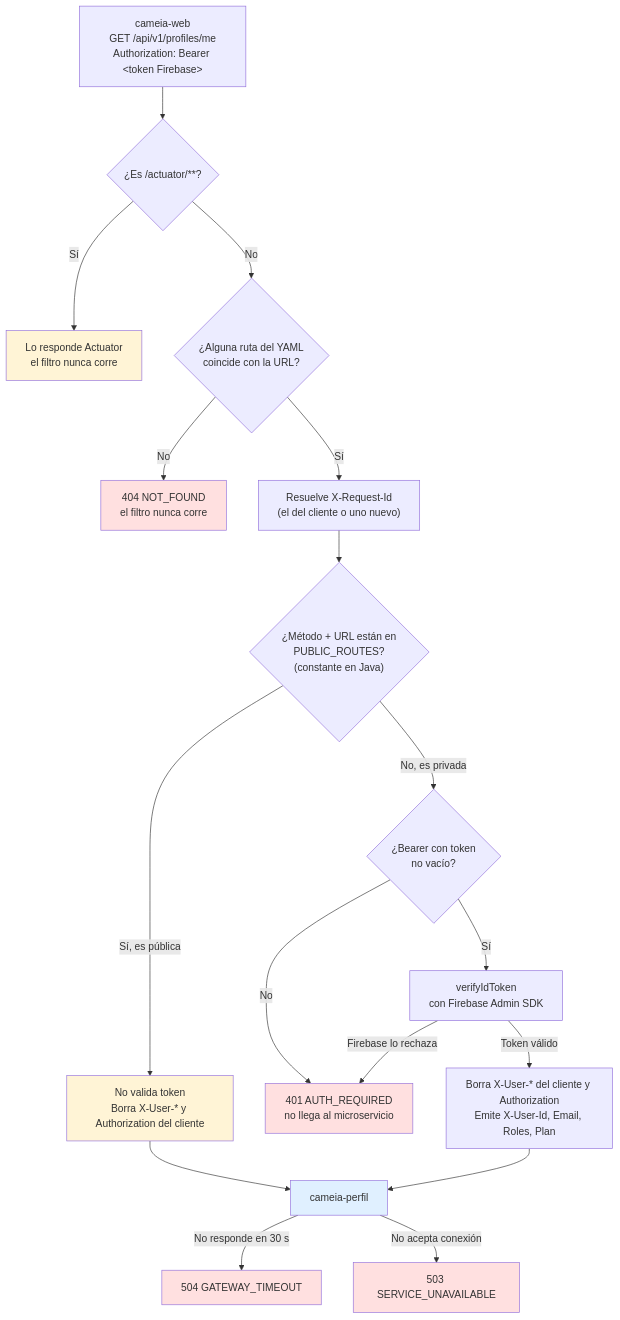
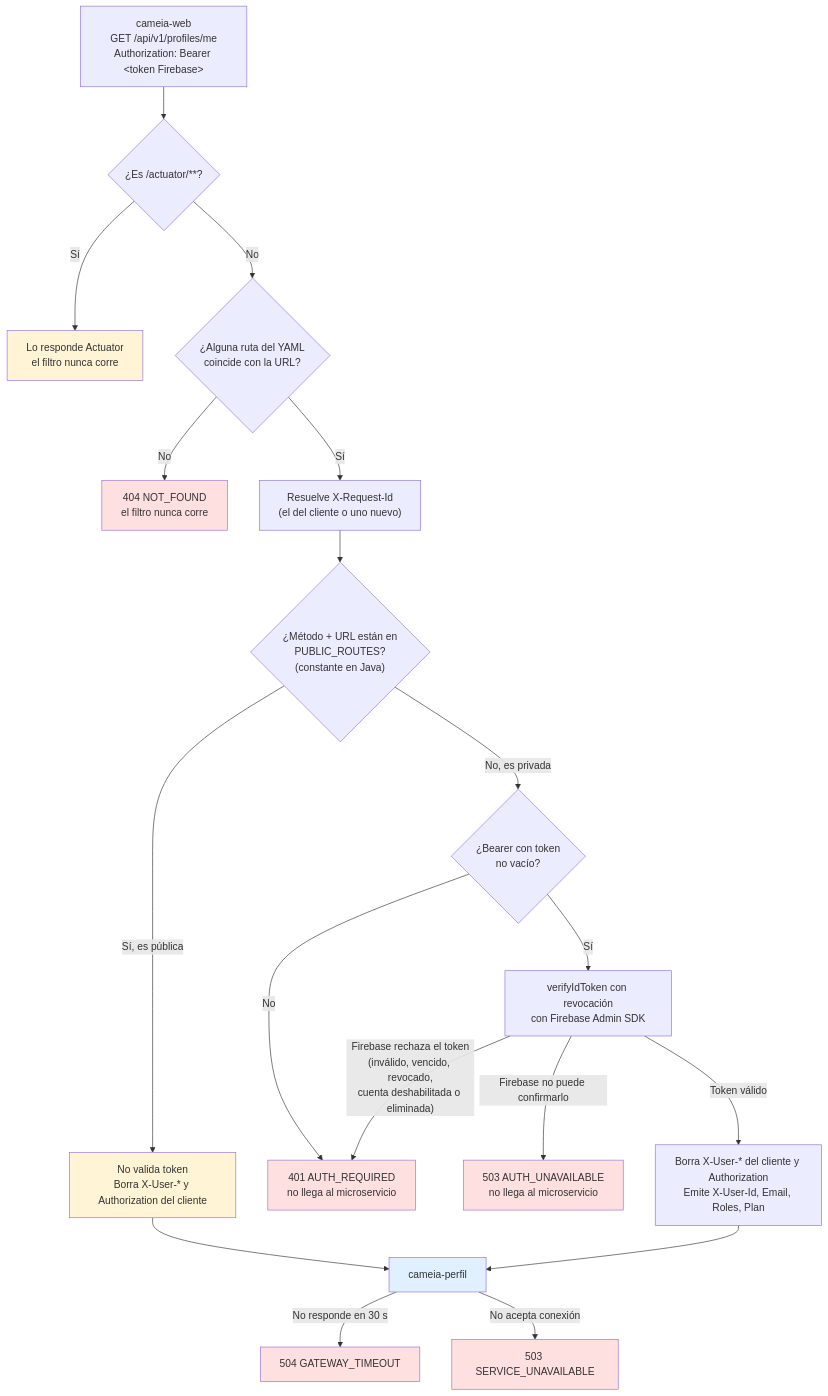
One commit to Forkthec/cameia-gateway changed the first of 5 diagrams in docs/COMO-FUNCIONA.md. Above: the diagram before and after it, drawn with Mermaid. The commit also changed other lines of this file and 23 other files, not shown here.

First line of the commit message:
CM-291 | feat(gateway): rechazar tokens revocados con 401 y responder 503 si Firebase no confirma [IA-ASISTIDO] (#64)

````diff
--- a/docs/COMO-FUNCIONA.md
+++ b/docs/COMO-FUNCIONA.md
@@ -70,30 +70,32 @@
 ```mermaid
 flowchart TD
     A["cameia-web<br/>GET /api/v1/profiles/me<br/>Authorization: Bearer &lt;token Firebase&gt;"] --> ACT{"¿Es /actuator/**?"}
     ACT -->|Sí| ACTR["Lo responde Actuator<br/>el filtro nunca corre"]
     ACT -->|No| B{"¿Alguna ruta del YAML<br/>coincide con la URL?"}
     B -->|No| C["404 NOT_FOUND<br/>el filtro nunca corre"]
     B -->|Sí| RID["Resuelve X-Request-Id<br/>(el del cliente o uno nuevo)"]
     RID --> D{"¿Método + URL están en<br/>PUBLIC_ROUTES?<br/>(constante en Java)"}
 
     D -->|Sí, es pública| E["No valida token<br/>Borra X-User-* y Authorization del cliente"]
     D -->|No, es privada| F{"¿Bearer con token<br/>no vacío?"}
 
     F -->|No| G["401 AUTH_REQUIRED<br/>no llega al microservicio"]
-    F -->|Sí| V["verifyIdToken<br/>con Firebase Admin SDK"]
-    V -->|Firebase lo rechaza| G
+    F -->|Sí| V["verifyIdToken con revocación<br/>con Firebase Admin SDK"]
+    V -->|"Firebase rechaza el token<br/>(inválido, vencido, revocado,<br/>cuenta deshabilitada o eliminada)"| G
+    V -->|Firebase no puede confirmarlo| W["503 AUTH_UNAVAILABLE<br/>no llega al microservicio"]
     V -->|Token válido| H["Borra X-User-* del cliente y Authorization<br/>Emite X-User-Id, Email, Roles, Plan"]
 
     E --> I["cameia-perfil"]
     H --> I
     I -->|No responde en 30 s| T["504 GATEWAY_TIMEOUT"]
     I -->|No acepta conexión| U["503 SERVICE_UNAVAILABLE"]
 
     style C fill:#ffe0e0
     style G fill:#ffe0e0
+    style W fill:#ffe0e0
     style T fill:#ffe0e0
     style U fill:#ffe0e0
     style E fill:#fff4d6
     style ACTR fill:#fff4d6
     style I fill:#e0f0ff
 ```
````
